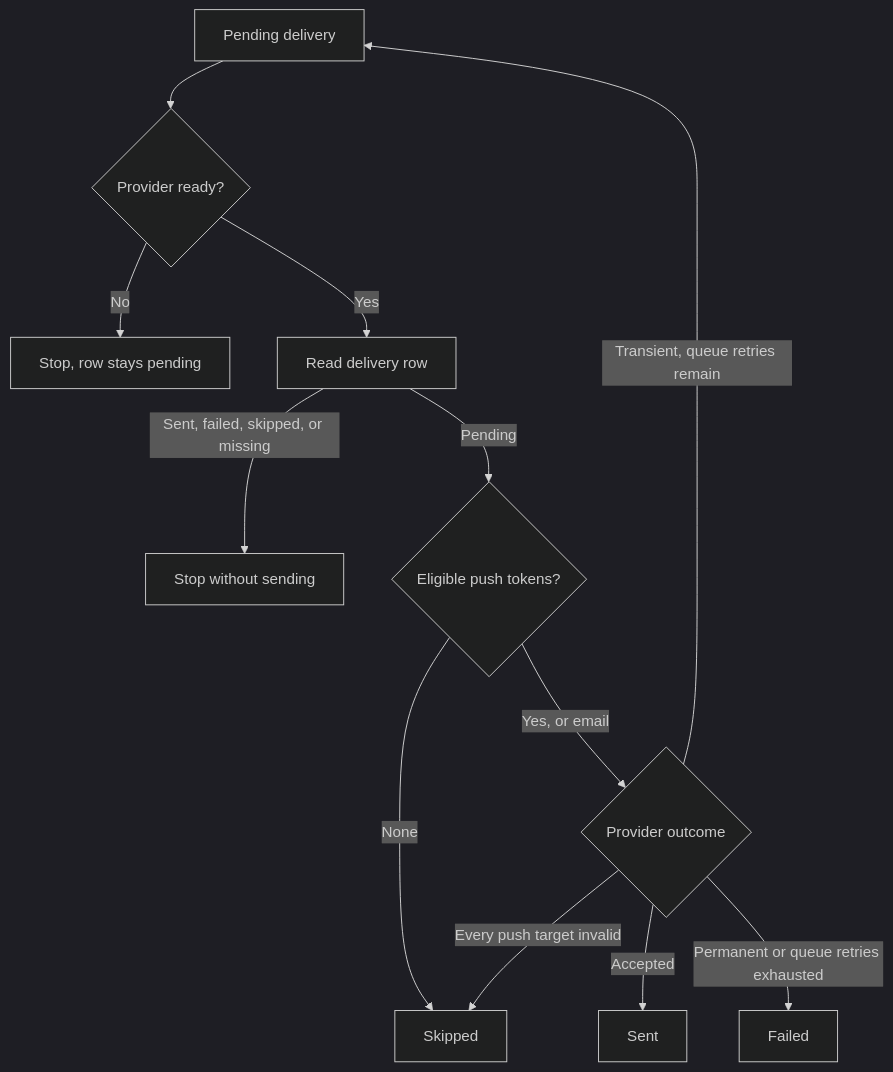
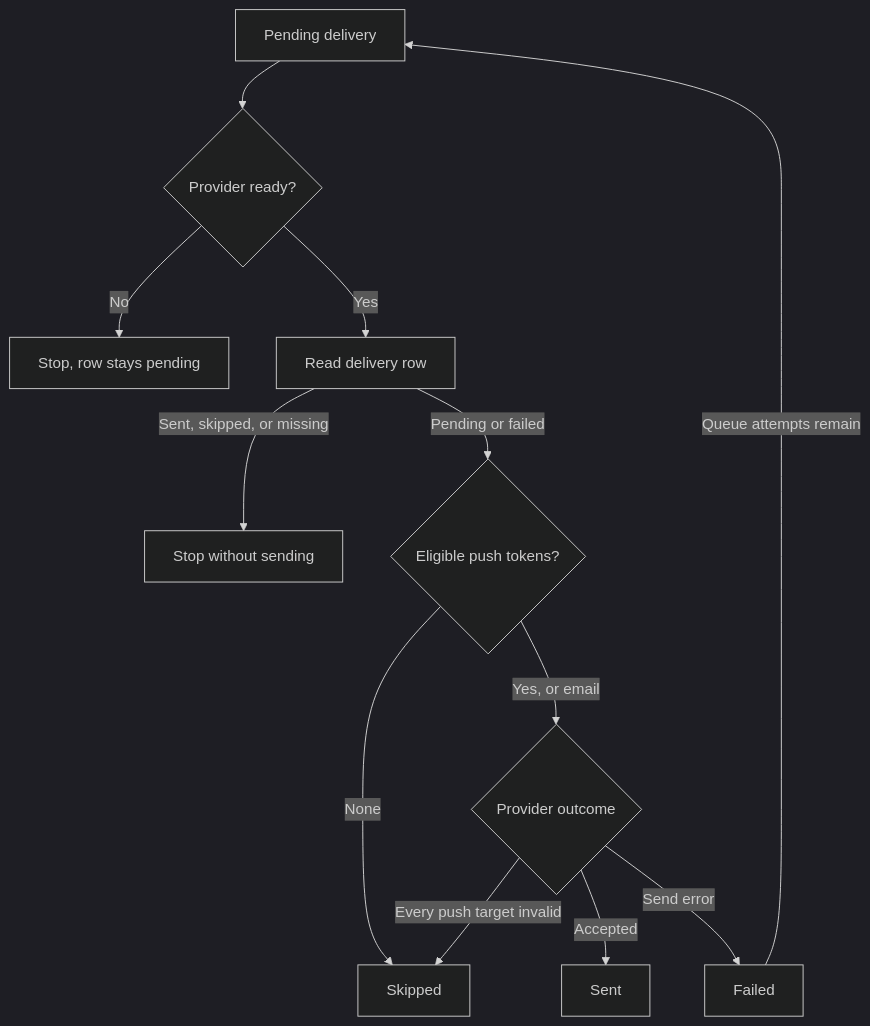
One commit to Gzerox/ack-nestjs-boilerplate changed the second of 2 diagrams in docs/notification.md. Above: the diagram before and after it, drawn with Mermaid (dark theme). The commit also changed other lines of this file and 63 other files, not shown here.

Commit message:
refactor(notification): drop retry machinery, last error column and email send guards

````diff
--- a/docs/notification.md
+++ b/docs/notification.md
@@ -307,14 +305,14 @@
 ```mermaid
 flowchart TD
     A[Pending delivery] --> P{Provider ready?}
     P -->|No| G[Stop, row stays pending]
     P -->|Yes| B[Read delivery row]
-    B -->|Sent, failed, skipped, or missing| G2[Stop without sending]
-    B -->|Pending| H{Eligible push tokens?}
+    B -->|Sent, skipped, or missing| G2[Stop without sending]
+    B -->|Pending or failed| H{Eligible push tokens?}
     H -->|None| F[Skipped]
     H -->|Yes, or email| C{Provider outcome}
     C -->|Accepted| D[Sent]
     C -->|Every push target invalid| F
-    C -->|Transient, queue retries remain| A
-    C -->|Permanent or queue retries exhausted| E[Failed]
+    C -->|Send error| E[Failed]
+    E -->|Queue attempts remain| A
 ```
````
